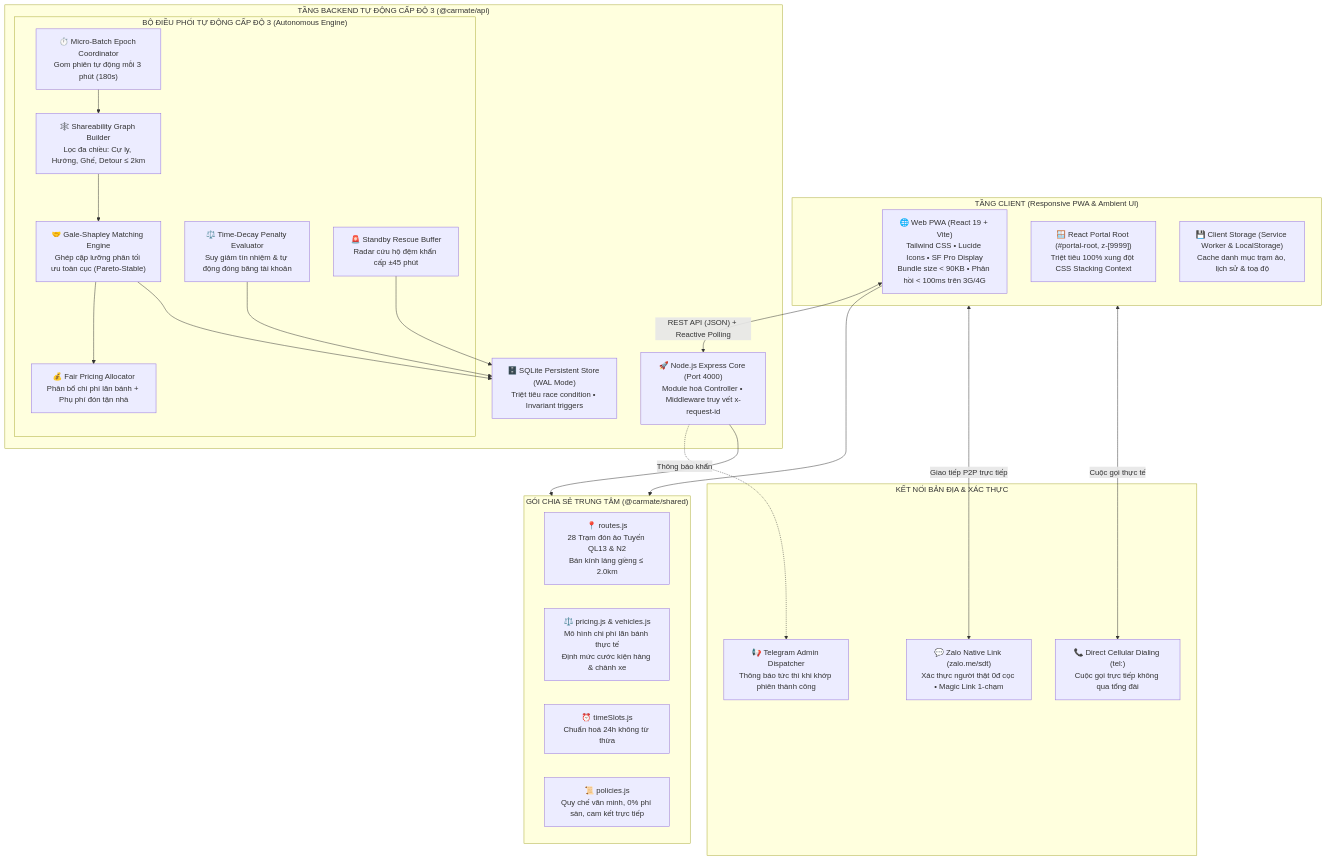
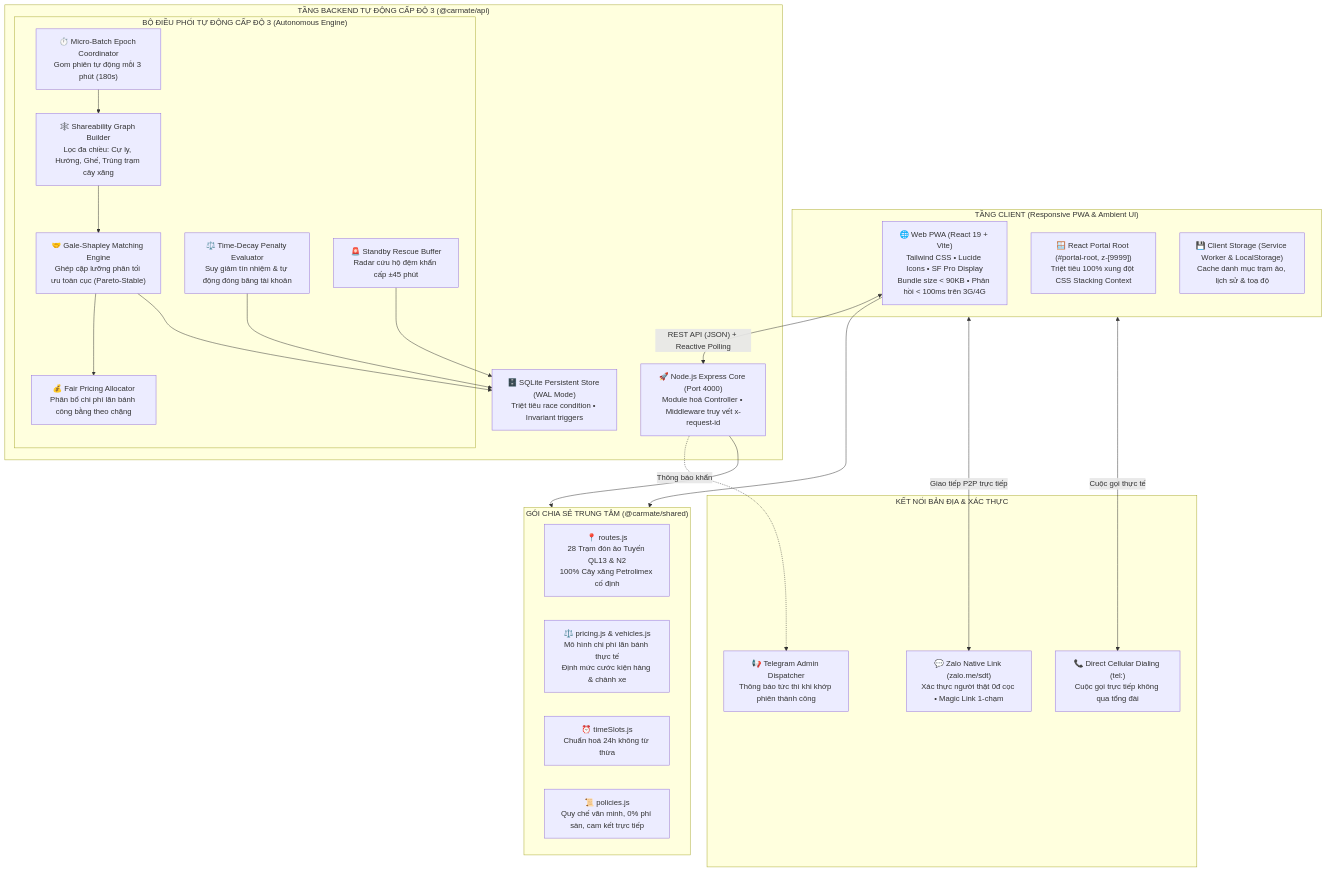
The first of 6 diagrams in ARCHITECTURE.md (brianhuynh2021/carmate), drawn with Mermaid before and after one commit. The commit also changed other lines of this file and 5 other files, not shown here.

````diff
--- a/ARCHITECTURE.md
+++ b/ARCHITECTURE.md
@@ -30,49 +30,49 @@
 ```mermaid
 graph TB
     subgraph CLIENT_TIER ["TẦNG CLIENT (Responsive PWA & Ambient UI)"]
         PWA["🌐 Web PWA (React 19 + Vite)<br>Tailwind CSS • Lucide Icons • SF Pro Display<br>Bundle size < 90KB • Phản hồi < 100ms trên 3G/4G"]
         PortalLayer["🪟 React Portal Root (#portal-root, z-[9999])<br>Triệt tiêu 100% xung đột CSS Stacking Context"]
         OfflineCache["💾 Client Storage (Service Worker & LocalStorage)<br>Cache danh mục trạm ảo, lịch sử & toạ độ"]
     end
 
     subgraph SHARED_CORE ["GÓI CHIA SẺ TRUNG TÂM (@carmate/shared)"]
-        RoutesConst["📍 routes.js<br>28 Trạm đón ảo Tuyến QL13 & N2<br>Bán kính láng giềng ≤ 2.0km"]
+        RoutesConst["📍 routes.js<br>28 Trạm đón ảo Tuyến QL13 & N2<br>100% Cây xăng Petrolimex cố định"]
         PricingMath["⚖️ pricing.js & vehicles.js<br>Mô hình chi phí lăn bánh thực tế<br>Định mức cước kiện hàng & chành xe"]
         TimeSlots["⏰ timeSlots.js<br>Chuẩn hoá 24h không từ thừa"]
         PoliciesConst["📜 policies.js<br>Quy chế văn minh, 0% phí sàn, cam kết trực tiếp"]
     end
 
     subgraph API_TIER ["TẦNG BACKEND TỰ ĐỘNG CẤP ĐỘ 3 (@carmate/api)"]
         ExpressApp["🚀 Node.js Express Core (Port 4000)<br>Module hoá Controller • Middleware truy vết x-request-id"]
         
         subgraph ENGINE_LEVEL3 ["BỘ ĐIỀU PHỐI TỰ ĐỘNG CẤP ĐỘ 3 (Autonomous Engine)"]
             BatchScheduler["⏱️ Micro-Batch Epoch Coordinator<br>Gom phiên tự động mỗi 3 phút (180s)"]
-            GraphBuilder["🕸️ Shareability Graph Builder<br>Lọc đa chiều: Cự ly, Hướng, Ghế, Detour ≤ 2km"]
+            GraphBuilder["🕸️ Shareability Graph Builder<br>Lọc đa chiều: Cự ly, Hướng, Ghế, Trùng trạm cây xăng"]
             GaleShapleyCore["🤝 Gale-Shapley Matching Engine<br>Ghép cặp lưỡng phân tối ưu toàn cục (Pareto-Stable)"]
-            ShapleyFairPricing["💰 Fair Pricing Allocator<br>Phân bổ chi phí lăn bánh + Phụ phí đón tận nhà"]
+            ShapleyFairPricing["💰 Fair Pricing Allocator<br>Phân bổ chi phí lăn bánh công bằng theo chặng"]
             TimeDecayPenalty["⚖️ Time-Decay Penalty Evaluator<br>Suy giảm tín nhiệm & tự động đóng băng tài khoản"]
             StandbyRadar["🚨 Standby Rescue Buffer<br>Radar cứu hộ đệm khẩn cấp ±45 phút"]
         end
 
         StoreEngine["🗄️ SQLite Persistent Store (WAL Mode)<br>Triệt tiêu race condition • Invariant triggers"]
     end
 
     subgraph EXTERNAL_INTEGRATIONS ["KẾT NỐI BẢN ĐỊA & XÁC THỰC"]
         ZaloP2P["💬 Zalo Native Link (zalo.me/sdt)<br>Xác thực người thật 0đ cọc • Magic Link 1-chạm"]
         DirectDial["📞 Direct Cellular Dialing (tel:)<br>Cuộc gọi trực tiếp không qua tổng đài"]
         TelegramAlerts["📢 Telegram Admin Dispatcher<br>Thông báo tức thì khi khớp phiên thành công"]
     end
 
     PWA --> SHARED_CORE
     ExpressApp --> SHARED_CORE
     PWA <-->|"REST API (JSON) + Reactive Polling"| ExpressApp
     BatchScheduler --> GraphBuilder
     GraphBuilder --> GaleShapleyCore
     GaleShapleyCore --> ShapleyFairPricing
     GaleShapleyCore --> StoreEngine
     TimeDecayPenalty --> StoreEngine
     StandbyRadar --> StoreEngine
     CLIENT_TIER <-->|"Giao tiếp P2P trực tiếp"| ZaloP2P
     CLIENT_TIER <-->|"Cuộc gọi thực tế"| DirectDial
     ExpressApp -.->|"Thông báo khẩn"| TelegramAlerts
 ```
````
